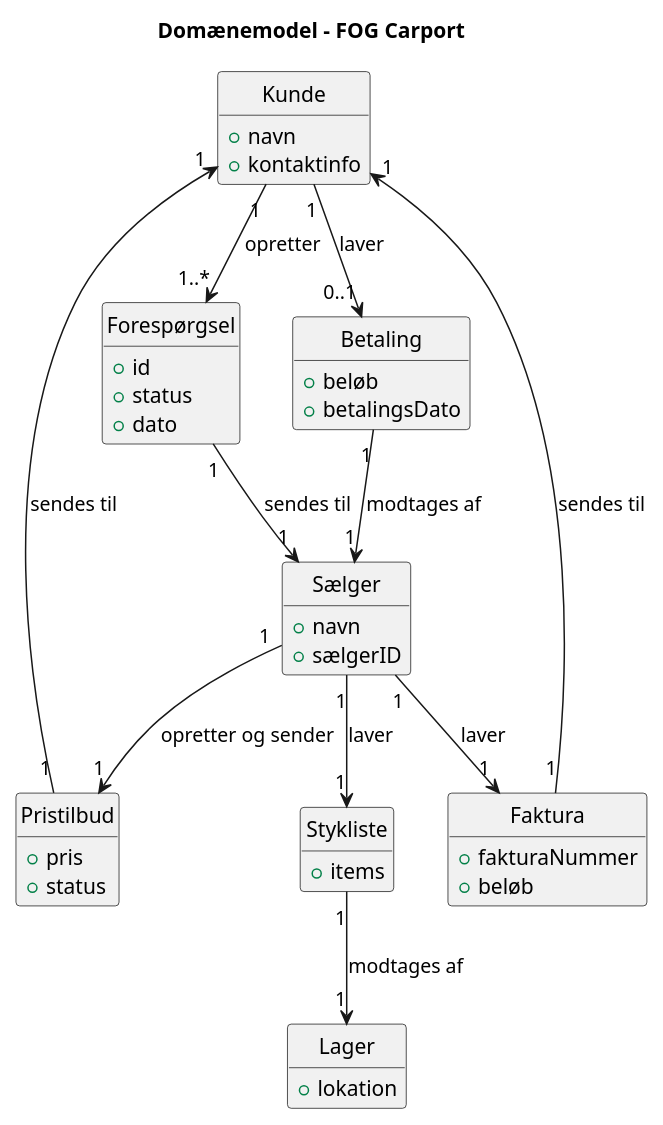
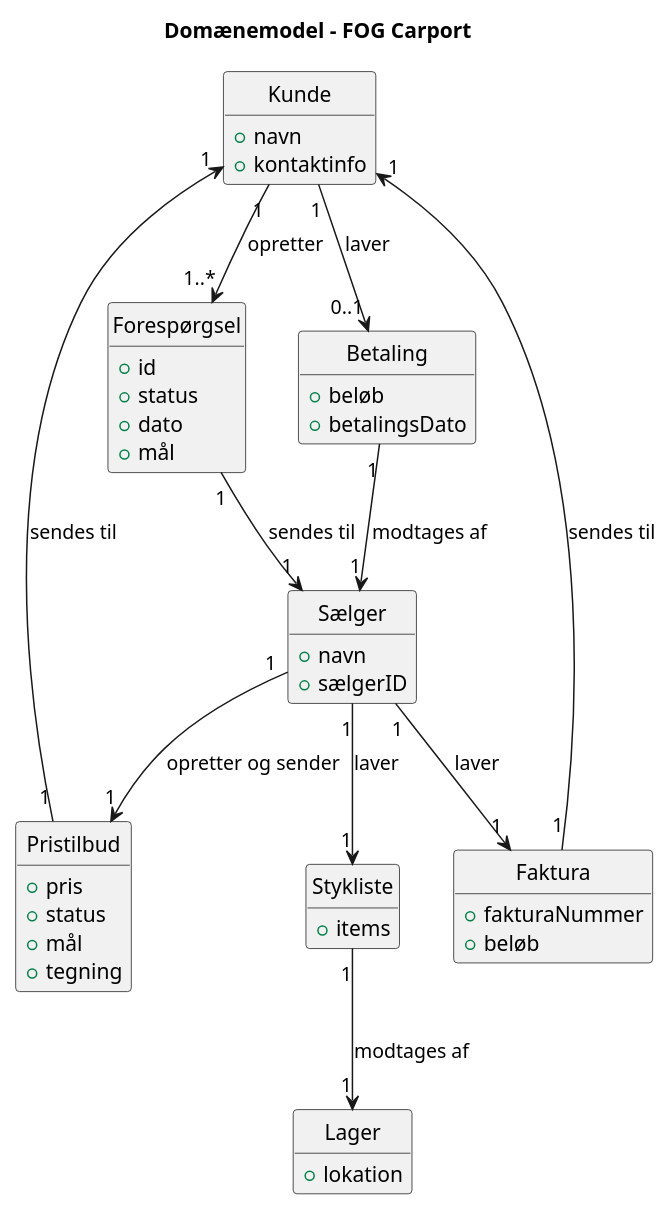
One commit to mridrisisci/fog-projekt changed the diagram in docs/domænemodel.puml. Above: the diagram before and after it, drawn with PlantUML.

```diff
--- a/docs/domænemodel.puml
+++ b/docs/domænemodel.puml
@@ -1,57 +1,63 @@
 @startuml
 Title Domænemodel - FOG Carport
+
+'husk carport
+'husk pile
 
 hide circle
 hide methods
 
 entity Kunde {
     +navn
     +kontaktinfo
 }
 
 entity Forespørgsel {
     +id
     +status
     +dato
+    +mål
 }
 
 entity Sælger {
     +navn
     +sælgerID
 }
 
 entity Pristilbud {
     +pris
     +status
+    +mål
+    +tegning
 }
 
 entity Betaling {
     +beløb
     +betalingsDato
 }
 
 entity Stykliste {
     +items
 }
 
 entity Lager {
     +lokation
 }
 
 entity Faktura {
     +fakturaNummer
     +beløb
 }
 
 Kunde "1" --> "1..*" Forespørgsel : "opretter"
 Forespørgsel "1" --> "1" Sælger : "sendes til"
 Sælger "1" --> "1" Pristilbud : "opretter og sender"
 Pristilbud "1" --> "1" Kunde : "sendes til"
 Kunde "1" --> "0..1" Betaling : "laver"
 Betaling "1" --> "1" Sælger : "modtages af"
 Sælger "1" --> "1" Stykliste : "laver"
 Sælger "1" --> "1" Faktura : "laver"
 Stykliste "1" --> "1" Lager : "modtages af"
 Faktura "1" --> "1" Kunde : "sendes til"
 
 @enduml
```
